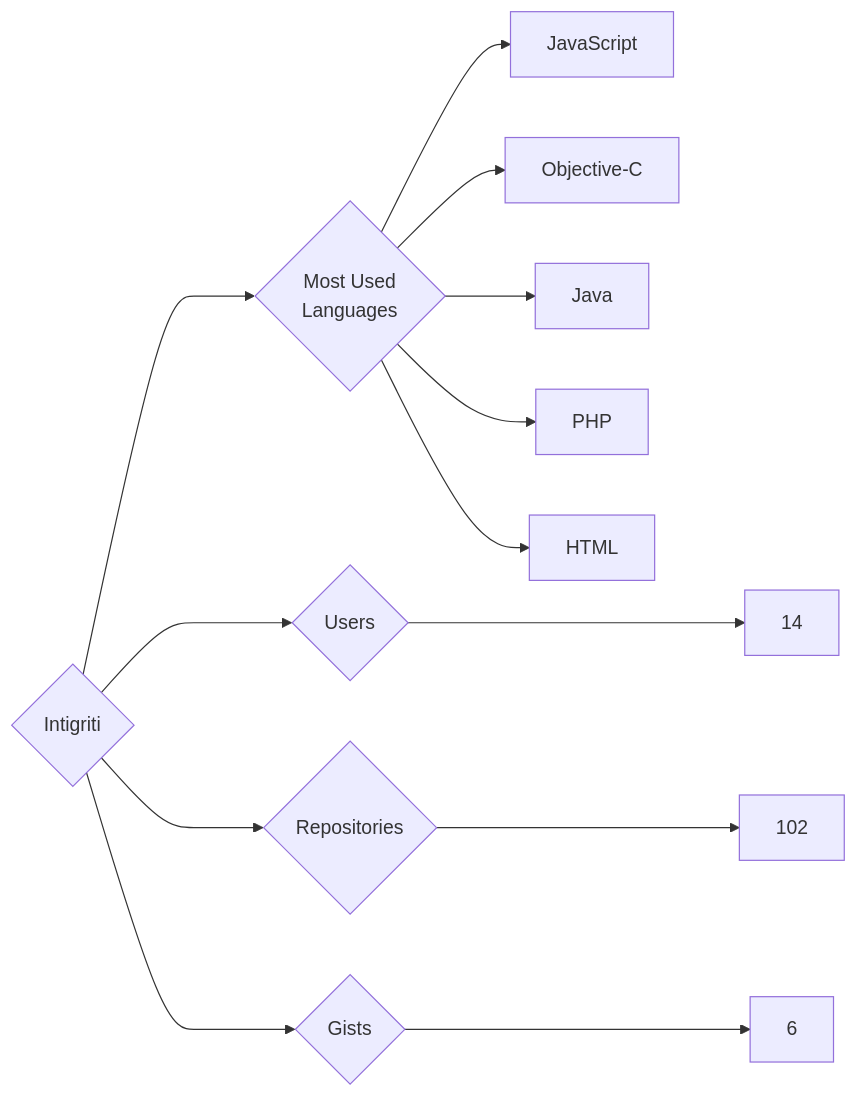
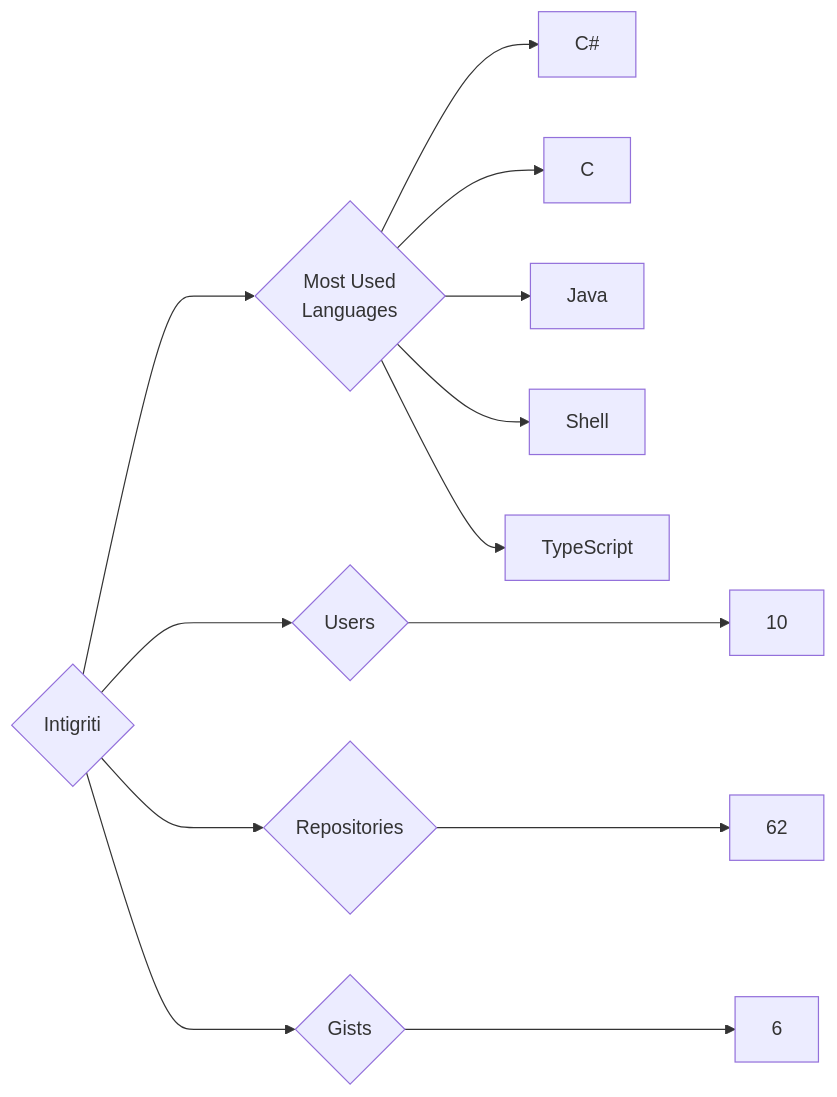
One commit to trickest/insiders changed the diagram in targets/Intigriti/README.md. Above: the diagram before and after it, drawn with Mermaid. The commit also changed 745 other files, not shown here.

````diff
--- a/targets/Intigriti/README.md
+++ b/targets/Intigriti/README.md
@@ -3,13 +3,13 @@
 ```mermaid
 graph LR
 COMPANY_NAME{Intigriti}
-COMPANY_NAME ---> U{Users} ---> UN[14]
-COMPANY_NAME ---> R{Repositories} ---> RN[102]
+COMPANY_NAME ---> U{Users} ---> UN[10]
+COMPANY_NAME ---> R{Repositories} ---> RN[62]
 COMPANY_NAME ---> G{Gists} ---> GN[6]
 COMPANY_NAME ---> ML{Most Used<br>Languages}
-ML --> JavaScript[JavaScript]
-ML --> Objective-C[Objective-C]
+ML --> C#[C#]
+ML --> C[C]
 ML --> Java[Java]
-ML --> PHP[PHP]
-ML --> HTML[HTML]
+ML --> Shell[Shell]
+ML --> TypeScript[TypeScript]
 ```
````
